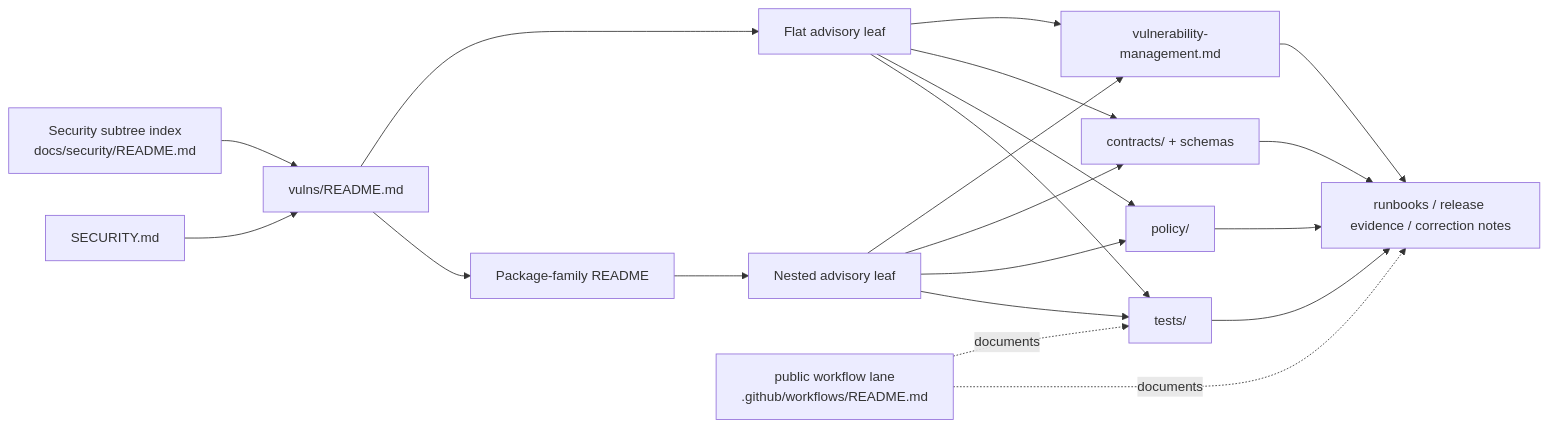
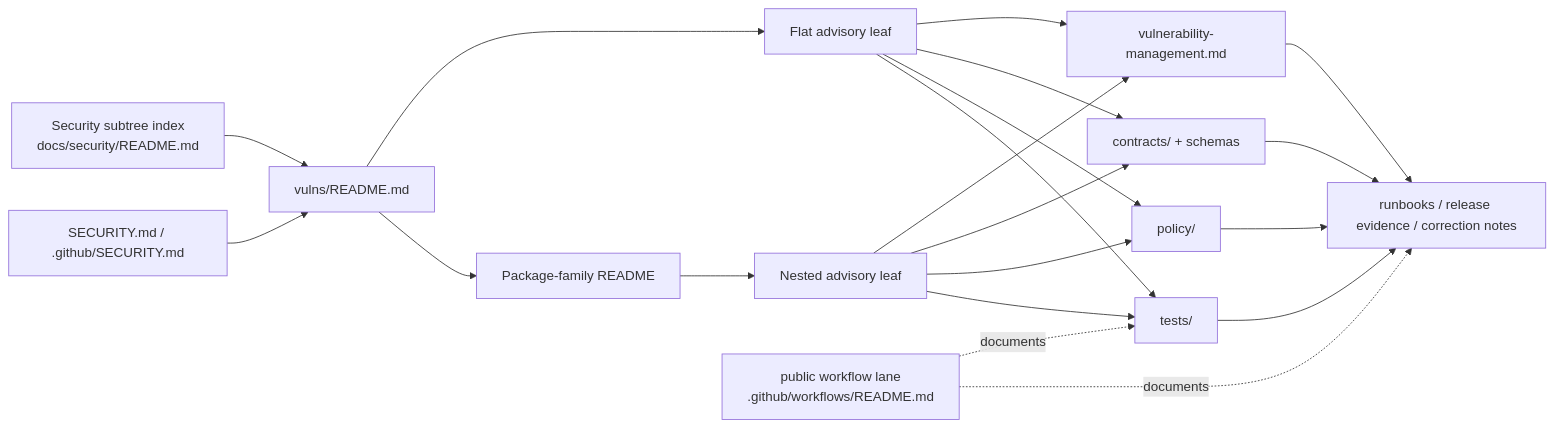
The diagram in docs/security/vulns/README.md (bartytime4life/Kansas-Frontier-Matrix), drawn with Mermaid before and after one commit. The commit also changed other lines of this file, not shown here.

First line of the commit message:
Revise README for security vulnerabilities documentation

````diff
--- a/docs/security/vulns/README.md
+++ b/docs/security/vulns/README.md
@@ -245,35 +247,35 @@
 ```mermaid
 flowchart LR
     A[Security subtree index<br/>docs/security/README.md]
     B[vulns/README.md]
     C[Flat advisory leaf]
     D[Package-family README]
     E[Nested advisory leaf]
     F[vulnerability-management.md]
-    G[SECURITY.md]
+    G[SECURITY.md / .github/SECURITY.md]
     H[contracts/ + schemas]
     I[policy/]
     J[tests/]
     K[public workflow lane<br/>.github/workflows/README.md]
     L[runbooks / release evidence / correction notes]
 
     A --> B
     G --> B
     B --> C
     B --> D
     D --> E
     C --> F
     E --> F
     C --> H
     E --> H
     C --> I
     E --> I
     C --> J
     E --> J
     K -. documents .-> J
     K -. documents .-> L
     F --> L
     H --> L
     I --> L
     J --> L
 ```
````
